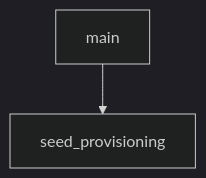
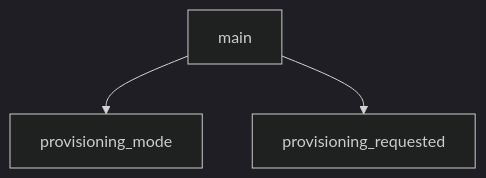
One commit to jonathan-shc/UWB changed the diagram in docs/architecture/ports.dwm3001cdk.app.src/main.c.md. Above: the diagram before and after it, drawn with Mermaid (dark theme). The commit also changed other lines of this file and 9 other files, not shown here.

````diff
--- a/docs/architecture/ports.dwm3001cdk.app.src/main.c.md
+++ b/docs/architecture/ports.dwm3001cdk.app.src/main.c.md
@@ -6,4 +6,5 @@
 ```mermaid
 flowchart TD
-  main --> seed_provisioning
+  main --> provisioning_mode
+  main --> provisioning_requested
 ```
````
